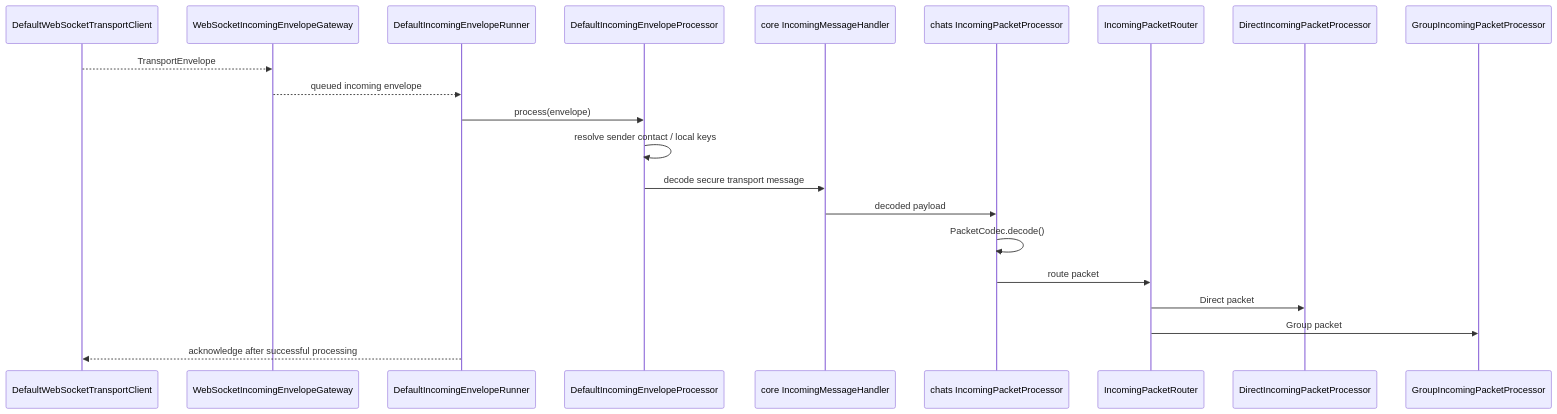
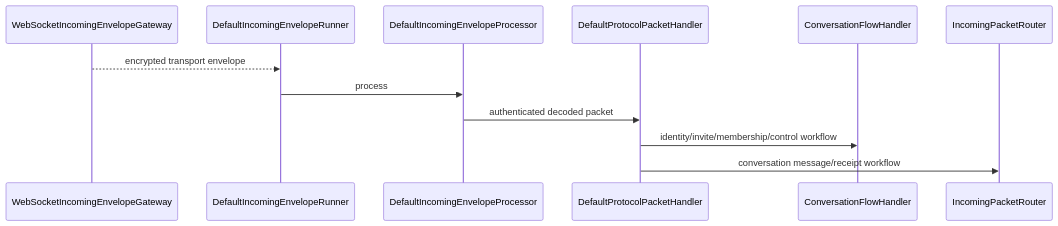
One commit to cbgm/Sparrow changed the second of 2 diagrams in docs/architecture/messaging-boundary.md. Above: the diagram before and after it, drawn with Mermaid. The commit also changed other lines of this file and 66 other files, not shown here.

````diff
--- a/docs/architecture/messaging-boundary.md
+++ b/docs/architecture/messaging-boundary.md
@@ -62,24 +45,15 @@
 ```mermaid
 sequenceDiagram
-    participant WS as DefaultWebSocketTransportClient
-    participant G as WebSocketIncomingEnvelopeGateway
-    participant R as DefaultIncomingEnvelopeRunner
-    participant P as DefaultIncomingEnvelopeProcessor
-    participant C as core IncomingMessageHandler
-    participant IP as chats IncomingPacketProcessor
-    participant Router as IncomingPacketRouter
-    participant D as DirectIncomingPacketProcessor
-    participant GR as GroupIncomingPacketProcessor
+    participant TR as WebSocketIncomingEnvelopeGateway
+    participant RUN as DefaultIncomingEnvelopeRunner
+    participant PROC as DefaultIncomingEnvelopeProcessor
+    participant PH as DefaultProtocolPacketHandler
+    participant FLOW as ConversationFlowHandler
+    participant CHAT as IncomingPacketRouter
 
-    WS-->>G: TransportEnvelope
-    G-->>R: queued incoming envelope
-    R->>P: process(envelope)
-    P->>P: resolve sender contact / local keys
-    P->>C: decode secure transport message
-    C->>IP: decoded payload
-    IP->>IP: PacketCodec.decode()
-    IP->>Router: route packet
-    Router->>D: Direct packet
-    Router->>GR: Group packet
-    R-->>WS: acknowledge after successful processing
+    TR-->>RUN: encrypted transport envelope
+    RUN->>PROC: process
+    PROC->>PH: authenticated decoded packet
+    PH->>FLOW: identity/invite/membership/control workflow
+    PH->>CHAT: conversation message/receipt workflow
 ```
````
